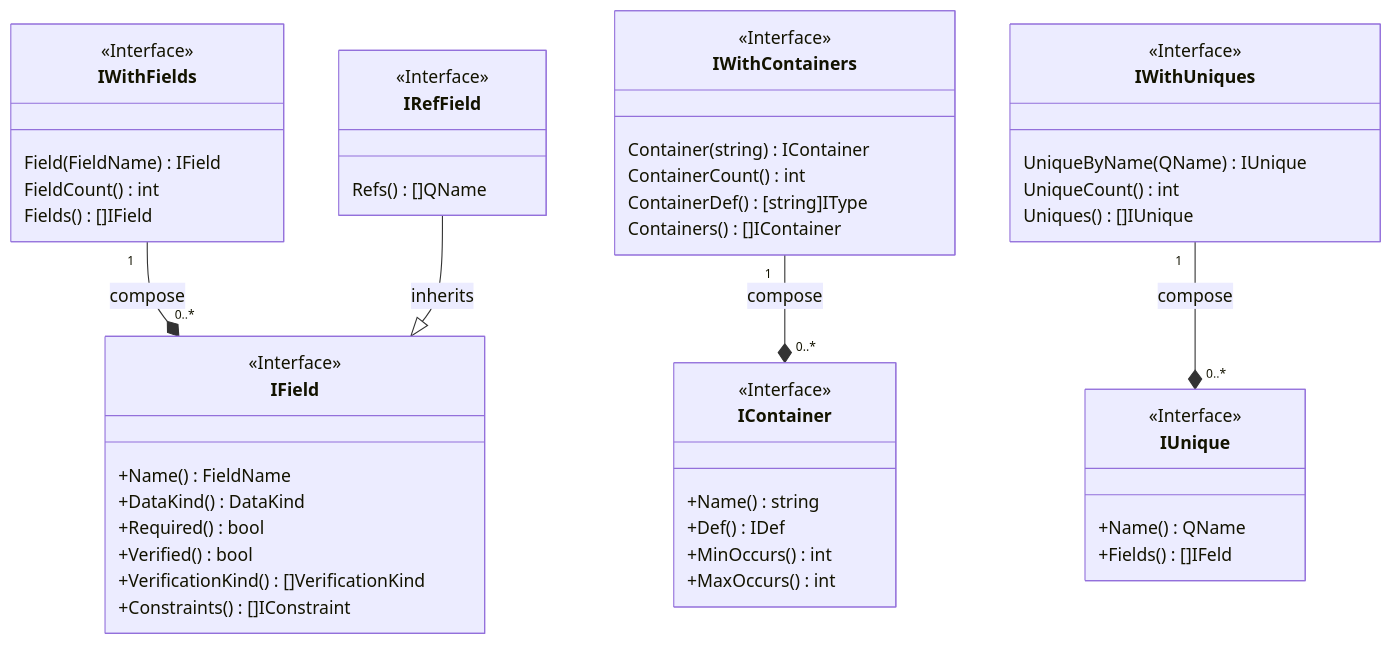
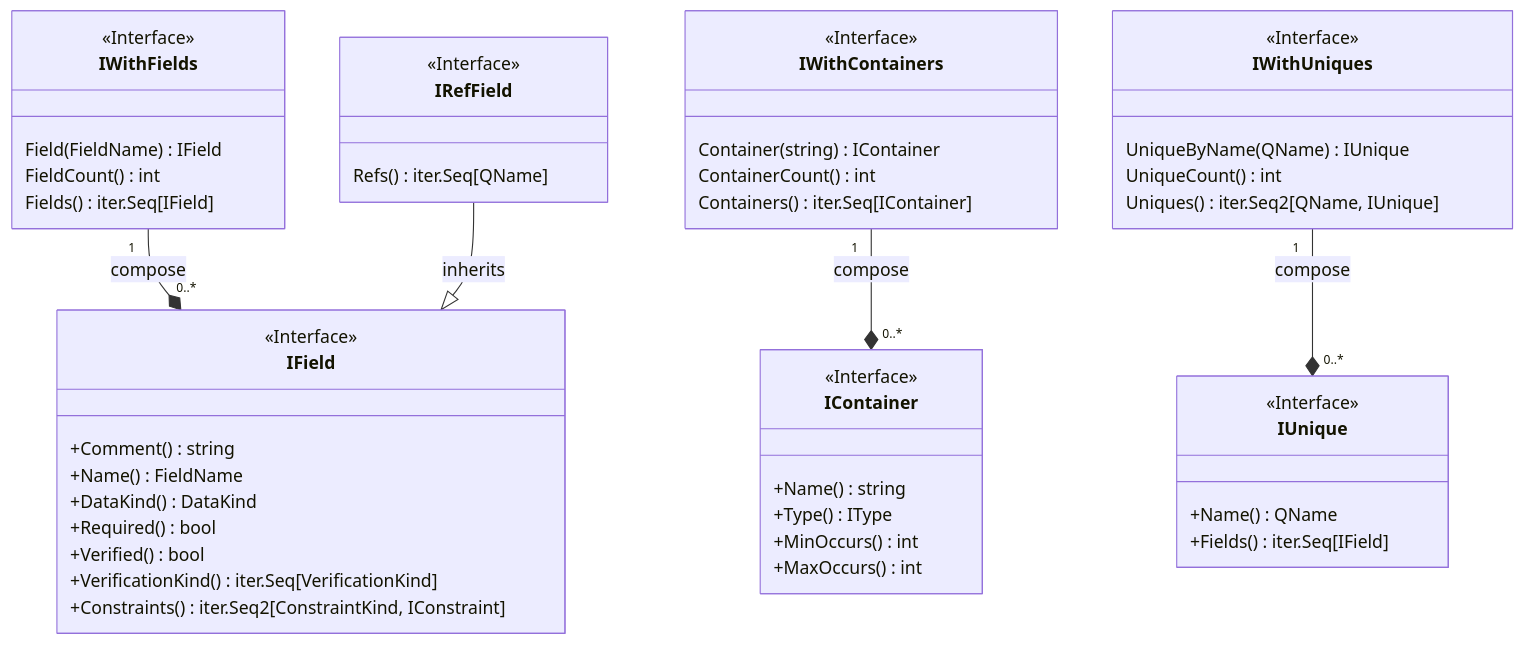
One commit to voedger/voedger changed the sixth of 9 diagrams in pkg/appdef/README.md. Above: the diagram before and after it, drawn with Mermaid. The commit also changed other lines of this file, not shown here.

````diff
--- a/pkg/appdef/README.md
+++ b/pkg/appdef/README.md
@@ -443,58 +446,58 @@
 ```mermaid
 classDiagram
 
   class IField {
     <<Interface>>
+    +Comment() string
     +Name() FieldName
     +DataKind() DataKind
     +Required() bool
     +Verified() bool
-    +VerificationKind() []VerificationKind
-    +Constraints() []IConstraint
+    +VerificationKind() iter.Seq[VerificationKind]
+    +Constraints() iter.Seq2[ConstraintKind, IConstraint]
   }
 
   class IWithFields{
     <<Interface>>
     Field(FieldName) IField
     FieldCount() int
-    Fields() []IField
+    Fields() iter.Seq[IField]
   }
   IWithFields "1" --* "0..*" IField : compose
 
   IRefField --|> IField : inherits
   class IRefField {
     <<Interface>>
-    Refs() []QName
+    Refs() iter.Seq[QName]
   }
 
   class IContainer {
     <<Interface>>
     +Name() string
-    +Def() IDef
+    +Type() IType
     +MinOccurs() int
     +MaxOccurs() int
   }
 
   class IWithContainers{
     <<Interface>>
     Container(string) IContainer
     ContainerCount() int
-    ContainerDef() [string]IType
-    Containers() []IContainer
+    Containers() iter.Seq[IContainer]
   }
   IWithContainers "1" --* "0..*" IContainer : compose
 
   class IUnique {
     <<Interface>>
     +Name() QName
-    +Fields() []IFeld
+    +Fields() iter.Seq[IField]
   }
 
   class IWithUniques{
     <<Interface>>
     UniqueByName(QName) IUnique
     UniqueCount() int
-    Uniques() []IUnique
+    Uniques() iter.Seq2[QName, IUnique]
   }
   IWithUniques "1" --* "0..*" IUnique : compose
 ```
````
